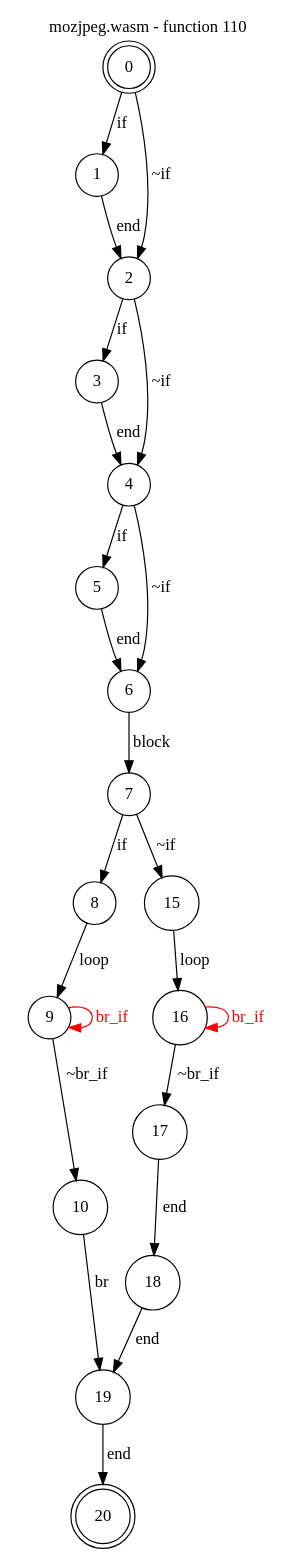
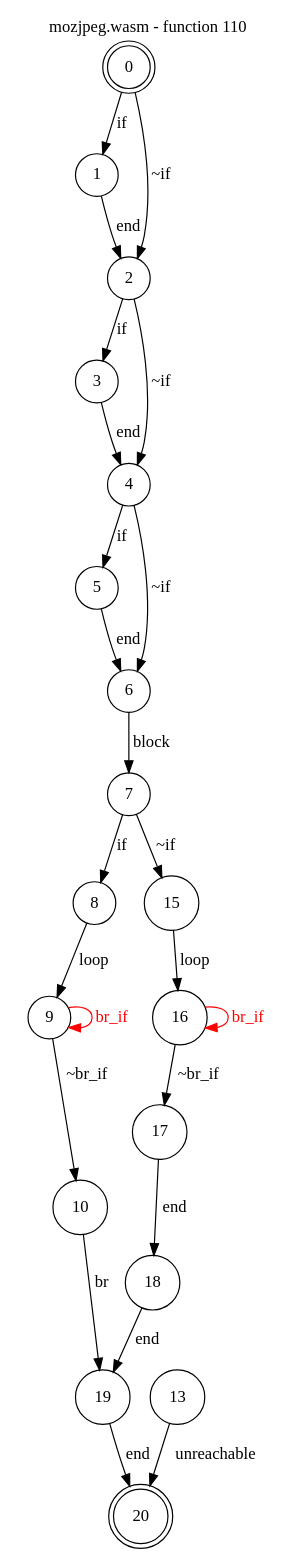
One commit to jsCarleton/wanalyze changed the diagram in test_cases/mozjpeg/funcs/mozjpeg-func110.dot. Above: the diagram before and after it, drawn with Graphviz. The commit also changed 1054 other files, not shown here.

```diff
--- a/test_cases/mozjpeg/funcs/mozjpeg-func110.dot
+++ b/test_cases/mozjpeg/funcs/mozjpeg-func110.dot
@@ -1,31 +1,32 @@
 digraph finite_state_machine {
     label = "mozjpeg.wasm - function 110"
     labelloc =  t
     labelfontsize = 16
     labelfontcolor = black
     labelfontname = "Helvetica"
     node [shape = doublecircle]; 0 20;
     node [shape = circle];
     0 -> 1[label="if"];
     0 -> 2[label="~if"];
     1 -> 2[label="end"];
     2 -> 3[label="if"];
     2 -> 4[label="~if"];
     3 -> 4[label="end"];
     4 -> 5[label="if"];
     4 -> 6[label="~if"];
     5 -> 6[label="end"];
     6 -> 7[label="block"];
     7 -> 8[label="if"];
     7 -> 15[label="~if"];
     8 -> 9[label="loop"];
     9 -> 10[label="~br_if"];
     9 -> 9[color="red" fontcolor="red" label="br_if"];
     10 -> 19[label="br"];
+    13 -> 20[label="unreachable"];
     15 -> 16[label="loop"];
     16 -> 17[label="~br_if"];
     16 -> 16[color="red" fontcolor="red" label="br_if"];
     17 -> 18[label="end"];
     18 -> 19[label="end"];
     19 -> 20[label="end"];
 }
```
